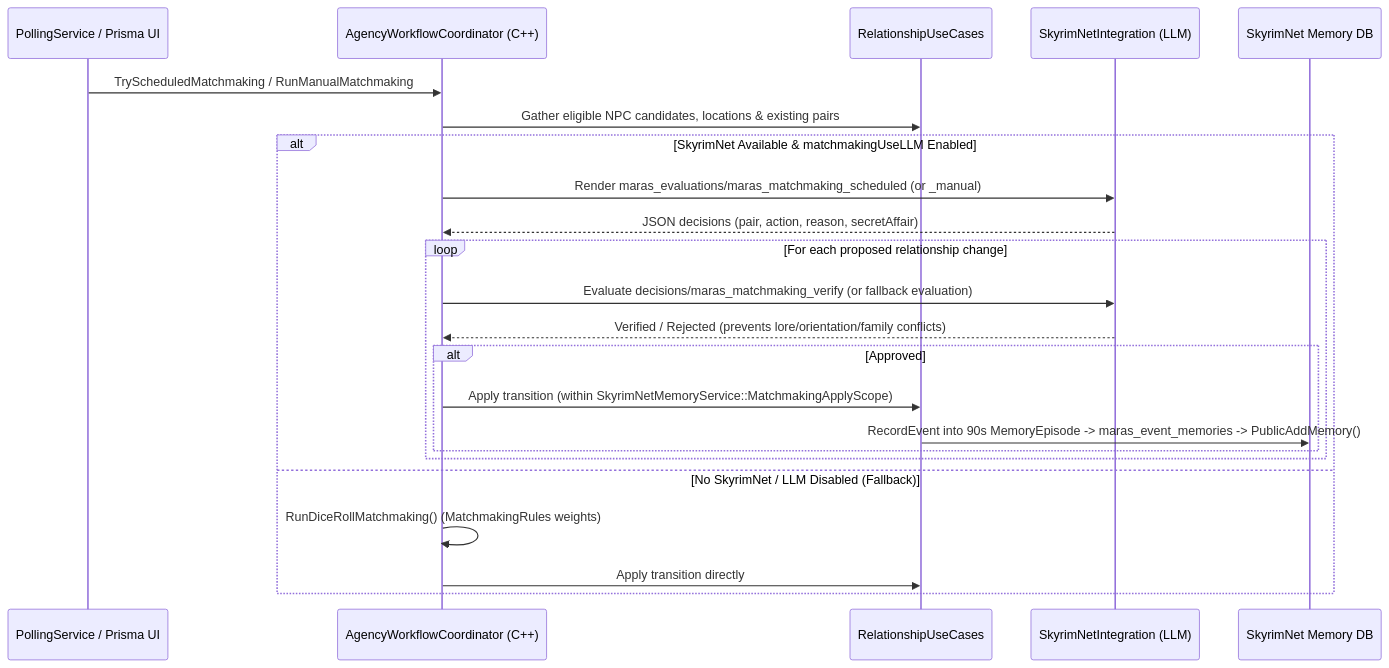
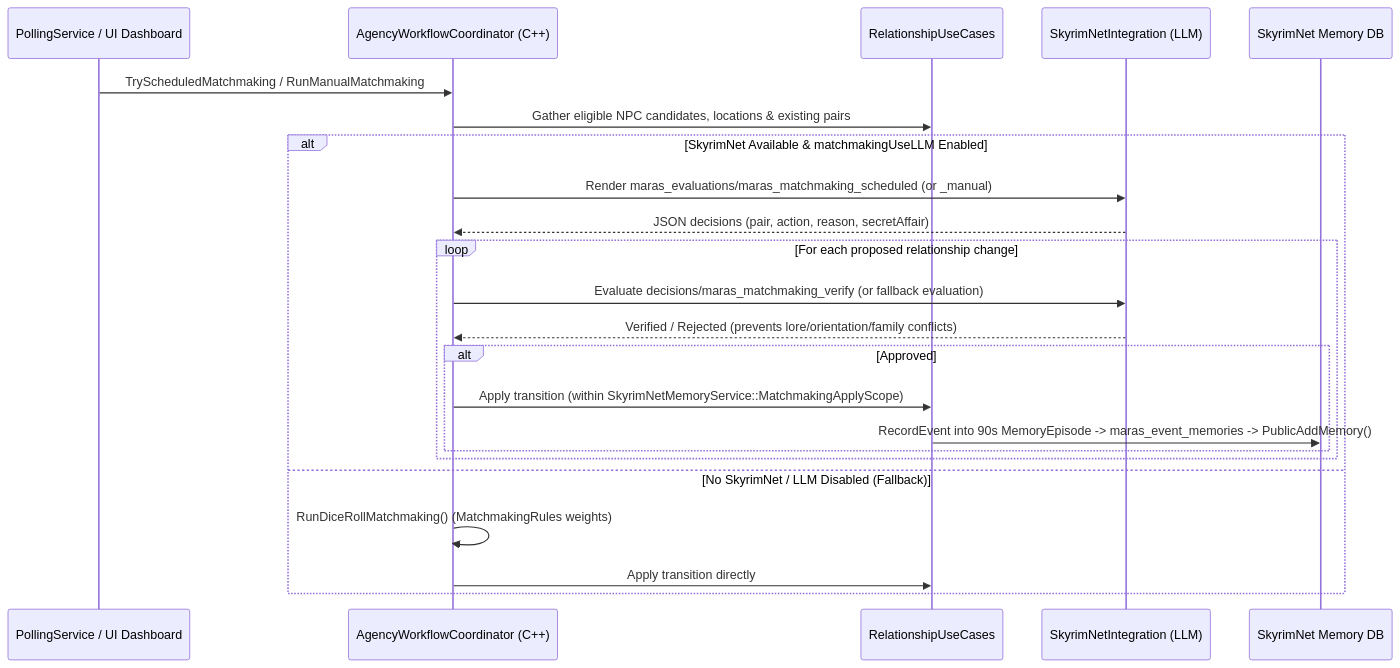
One commit to tetherball88/maras changed the first of 2 diagrams in docs/modder/SKYRIMNET_AND_AI_INTEGRATION.md. Above: the diagram before and after it, drawn with Mermaid. The commit also changed other lines of this file and 311 other files, not shown here.

````diff
--- a/docs/modder/SKYRIMNET_AND_AI_INTEGRATION.md
+++ b/docs/modder/SKYRIMNET_AND_AI_INTEGRATION.md
@@ -76,26 +76,26 @@
 ```mermaid
 sequenceDiagram
-    participant Scheduler as PollingService / Prisma UI
+    participant Scheduler as PollingService / UI Dashboard
     participant Coord as AgencyWorkflowCoordinator (C++)
     participant Rel as RelationshipUseCases
     participant SNet as SkyrimNetIntegration (LLM)
     participant Mem as SkyrimNet Memory DB
 
     Scheduler->>Coord: TryScheduledMatchmaking / RunManualMatchmaking
     Coord->>Rel: Gather eligible NPC candidates, locations & existing pairs
     alt SkyrimNet Available & matchmakingUseLLM Enabled
         Coord->>SNet: Render maras_evaluations/maras_matchmaking_scheduled (or _manual)
         SNet-->>Coord: JSON decisions (pair, action, reason, secretAffair)
         loop For each proposed relationship change
             Coord->>SNet: Evaluate decisions/maras_matchmaking_verify (or fallback evaluation)
             SNet-->>Coord: Verified / Rejected (prevents lore/orientation/family conflicts)
             alt Approved
                 Coord->>Rel: Apply transition (within SkyrimNetMemoryService::MatchmakingApplyScope)
                 Rel->>Mem: RecordEvent into 90s MemoryEpisode -> maras_event_memories -> PublicAddMemory()
             end
         end
     else No SkyrimNet / LLM Disabled (Fallback)
         Coord->>Coord: RunDiceRollMatchmaking() (MatchmakingRules weights)
         Coord->>Rel: Apply transition directly
     end
 ```
````
